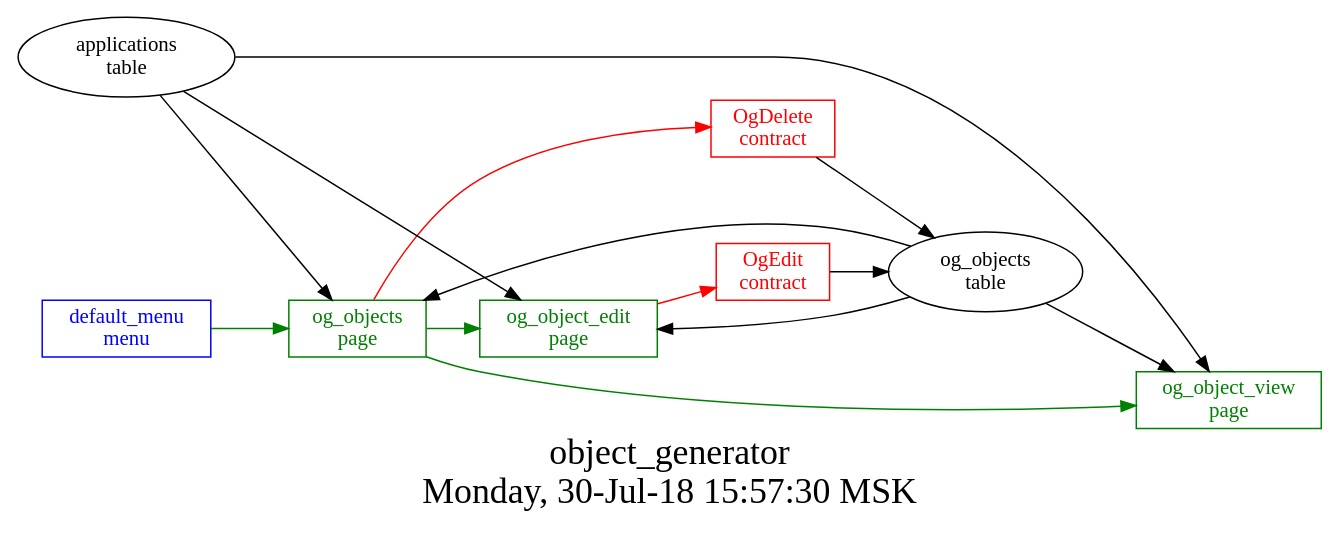
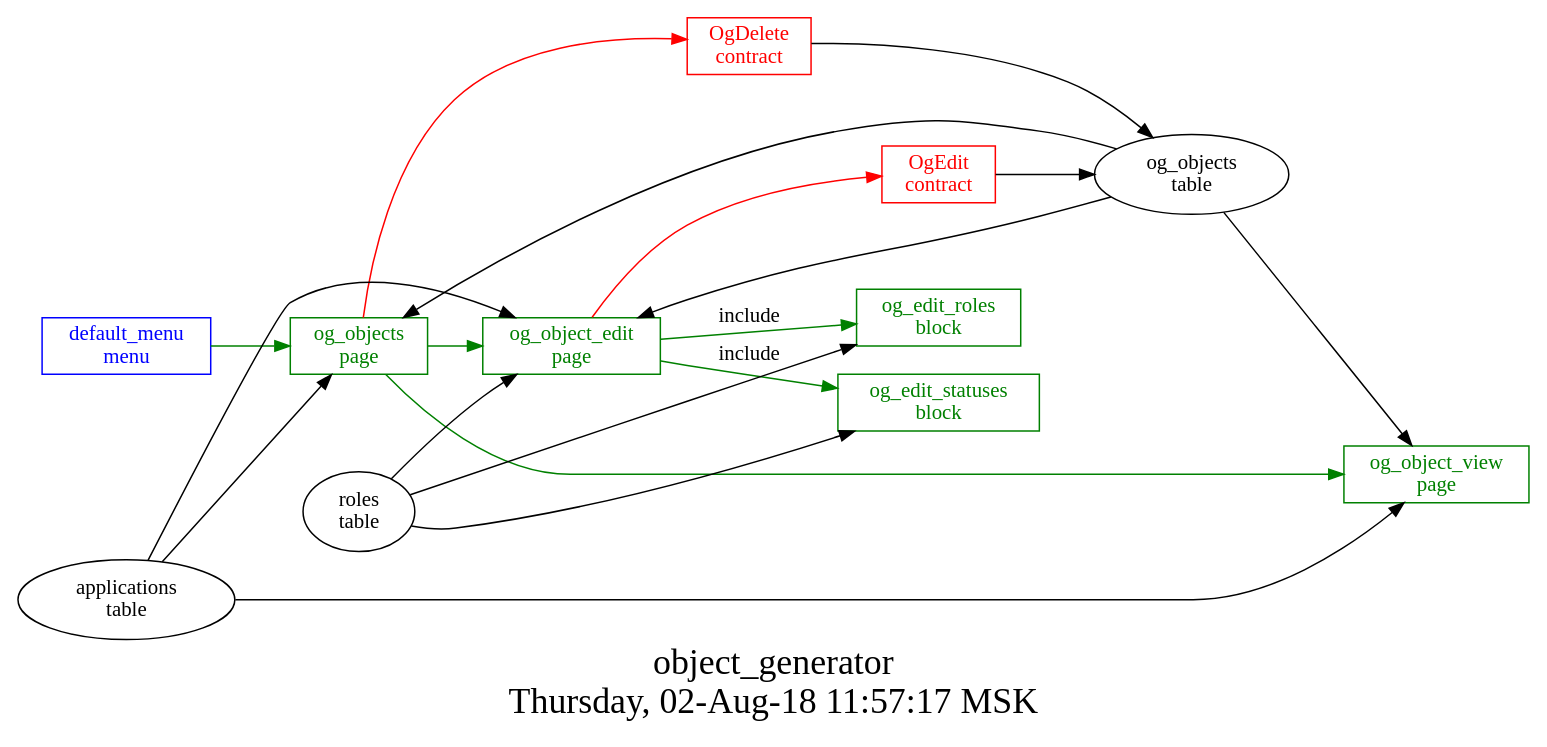
Before and after one commit to AplaProject/apps: the diagram in src/object_generator/struct.dot, drawn with Graphviz. The commit also changed 5 other files, not shown here.

```diff
--- a/src/object_generator/struct.dot
+++ b/src/object_generator/struct.dot
@@ -1,30 +1,37 @@
 digraph G {
 graph [
   fontsize="24";
-  label="object_generator\nMonday, 30-Jul-18 15:57:30 MSK";
+  label="object_generator\nThursday, 02-Aug-18 11:57:17 MSK";
   nojustify=true;
   ordering=out;
   rankdir=LR;
   size="30";
 ];
 "default_menu\nmenu" -> "og_objects\npage"  [ color=green ]
 "default_menu\nmenu" [color=blue, fontcolor=blue, group=menus, shape=record];
 "og_object_edit\npage" -> "OgEdit\ncontract"  [ color=red ]
 "applications\ntable" -> "og_object_edit\npage"
+"roles\ntable" -> "og_object_edit\npage"
 "og_objects\ntable" -> "og_object_edit\npage"
+"og_object_edit\npage" -> "og_edit_roles\nblock"  [ color=green, label=include ]
+"og_object_edit\npage" -> "og_edit_statuses\nblock"  [ color=green, label=include ]
 "og_object_edit\npage" [color=green, fontcolor=green, group=pages, shape=record];
 "applications\ntable" -> "og_object_view\npage"
 "og_objects\ntable" -> "og_object_view\npage"
 "og_object_view\npage" [color=green, fontcolor=green, group=pages, shape=record];
 "og_objects\npage" -> "OgDelete\ncontract"  [ color=red ]
 "applications\ntable" -> "og_objects\npage"
 "og_objects\ntable" -> "og_objects\npage"
 "og_objects\npage" -> "og_object_edit\npage"  [ color=green ]
 "og_objects\npage" -> "og_object_view\npage"  [ color=green ]
 "og_objects\npage" [color=green, fontcolor=green, group=pages, shape=record];
+"roles\ntable" -> "og_edit_roles\nblock"
+"og_edit_roles\nblock" [color=green, fontcolor=green, group=blocks, shape=record];
+"roles\ntable" -> "og_edit_statuses\nblock"
+"og_edit_statuses\nblock" [color=green, fontcolor=green, group=blocks, shape=record];
 "OgDelete\ncontract" -> "og_objects\ntable"  [ color="" ]
 "OgDelete\ncontract" [color=red, fontcolor=red, group=contracts, shape=record];
 "OgEdit\ncontract" -> "og_objects\ntable"  [ color="" ]
 "OgEdit\ncontract" [color=red, fontcolor=red, group=contracts, shape=record];
 "og_objects\ntable" [color="", fontcolor="", group=tables, shape=""];
 }
```
